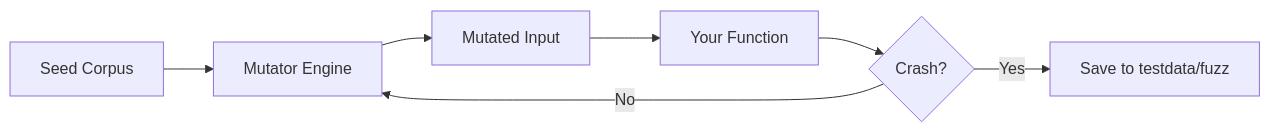
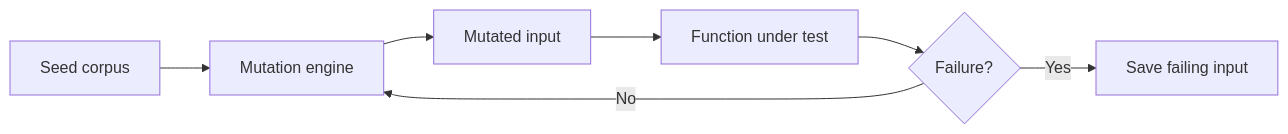
One commit to syahputrawork98-sketch/Golang-Knowledge-Base changed the diagram in RAK-03-evolution/SR-02-testing-quality/BK-03-reliability/CH-01-fuzz-testing/README.md. Above: the diagram before and after it, drawn with Mermaid. The commit also changed other lines of this file and 61 other files, not shown here.

````diff
--- a/RAK-03-evolution/SR-02-testing-quality/BK-03-reliability/CH-01-fuzz-testing/README.md
+++ b/RAK-03-evolution/SR-02-testing-quality/BK-03-reliability/CH-01-fuzz-testing/README.md
@@ -38,9 +35,9 @@
 ```mermaid
 graph LR
-    Seed[Seed Corpus] --> Mutator[Mutator Engine]
-    Mutator --> Input[Mutated Input]
-    Input --> Func[Your Function]
-    Func --> Status{Crash?}
-    Status -->|No| Mutator
-    Status -->|Yes| Log[Save to testdata/fuzz]
+    Seed[Seed corpus] --> Mutator[Mutation engine]
+    Mutator --> Input[Mutated input]
+    Input --> Func[Function under test]
+    Func --> Check{Failure?}
+    Check -->|No| Mutator
+    Check -->|Yes| Save[Save failing input]
 ```
````
